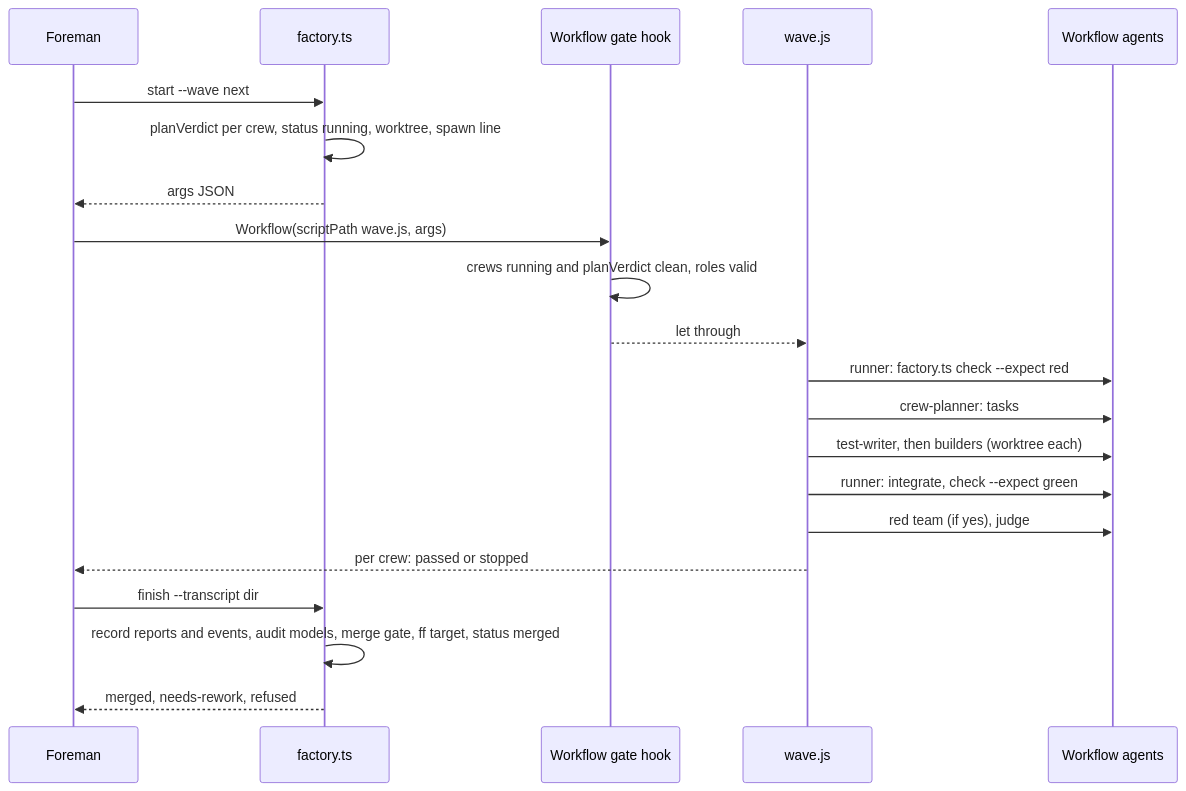
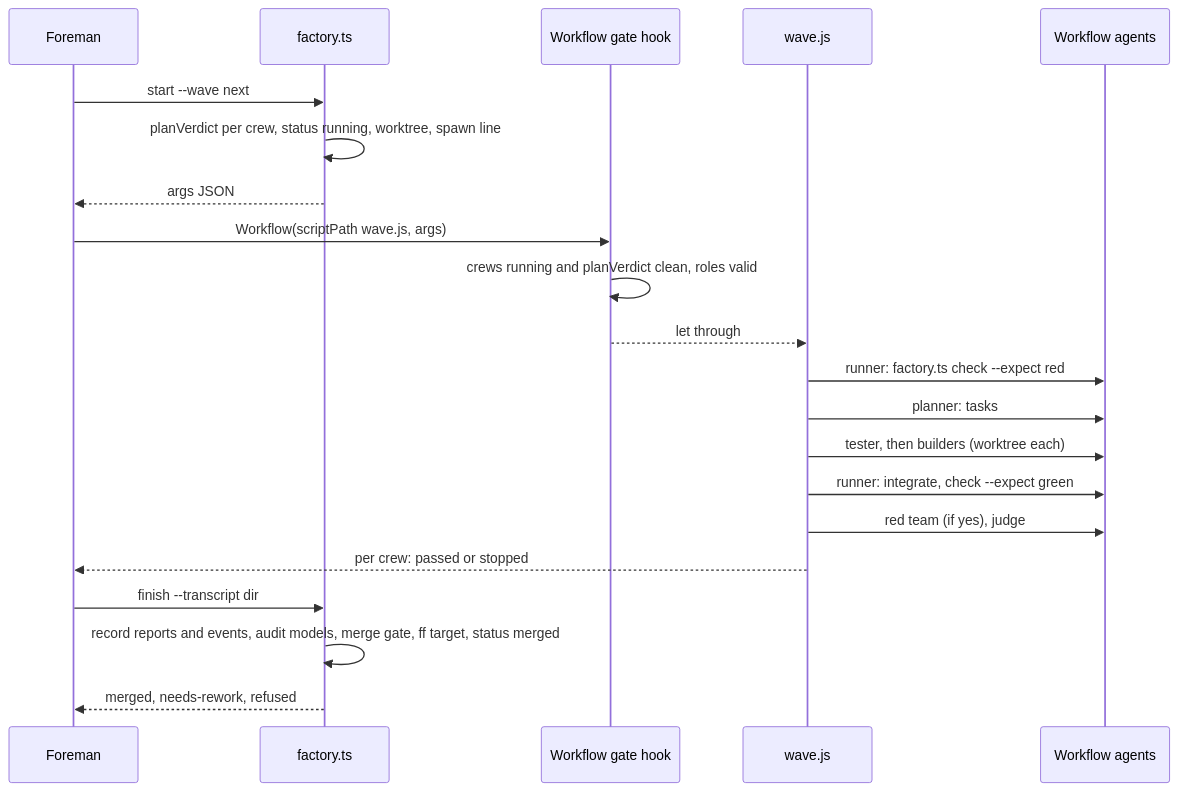
One commit to AbhiramDwivedi/truss changed the second of 2 diagrams in docs/adr/0009-workflow-factory.md. Above: the diagram before and after it, drawn with Mermaid. The commit also changed other lines of this file, not shown here.

````diff
--- a/docs/adr/0009-workflow-factory.md
+++ b/docs/adr/0009-workflow-factory.md
@@ -114,23 +114,23 @@
 ```mermaid
 sequenceDiagram
   participant F as Foreman
   participant C as factory.ts
   participant H as Workflow gate hook
   participant W as wave.js
   participant A as Workflow agents
   F->>C: start --wave next
   C->>C: planVerdict per crew, status running, worktree, spawn line
   C-->>F: args JSON
   F->>H: Workflow(scriptPath wave.js, args)
   H->>H: crews running and planVerdict clean, roles valid
   H-->>W: let through
   W->>A: runner: factory.ts check --expect red
-  W->>A: crew-planner: tasks
-  W->>A: test-writer, then builders (worktree each)
+  W->>A: planner: tasks
+  W->>A: tester, then builders (worktree each)
   W->>A: runner: integrate, check --expect green
   W->>A: red team (if yes), judge
   W-->>F: per crew: passed or stopped
   F->>C: finish --transcript dir
   C->>C: record reports and events, audit models, merge gate, ff target, status merged
   C-->>F: merged, needs-rework, refused
 ```
````
